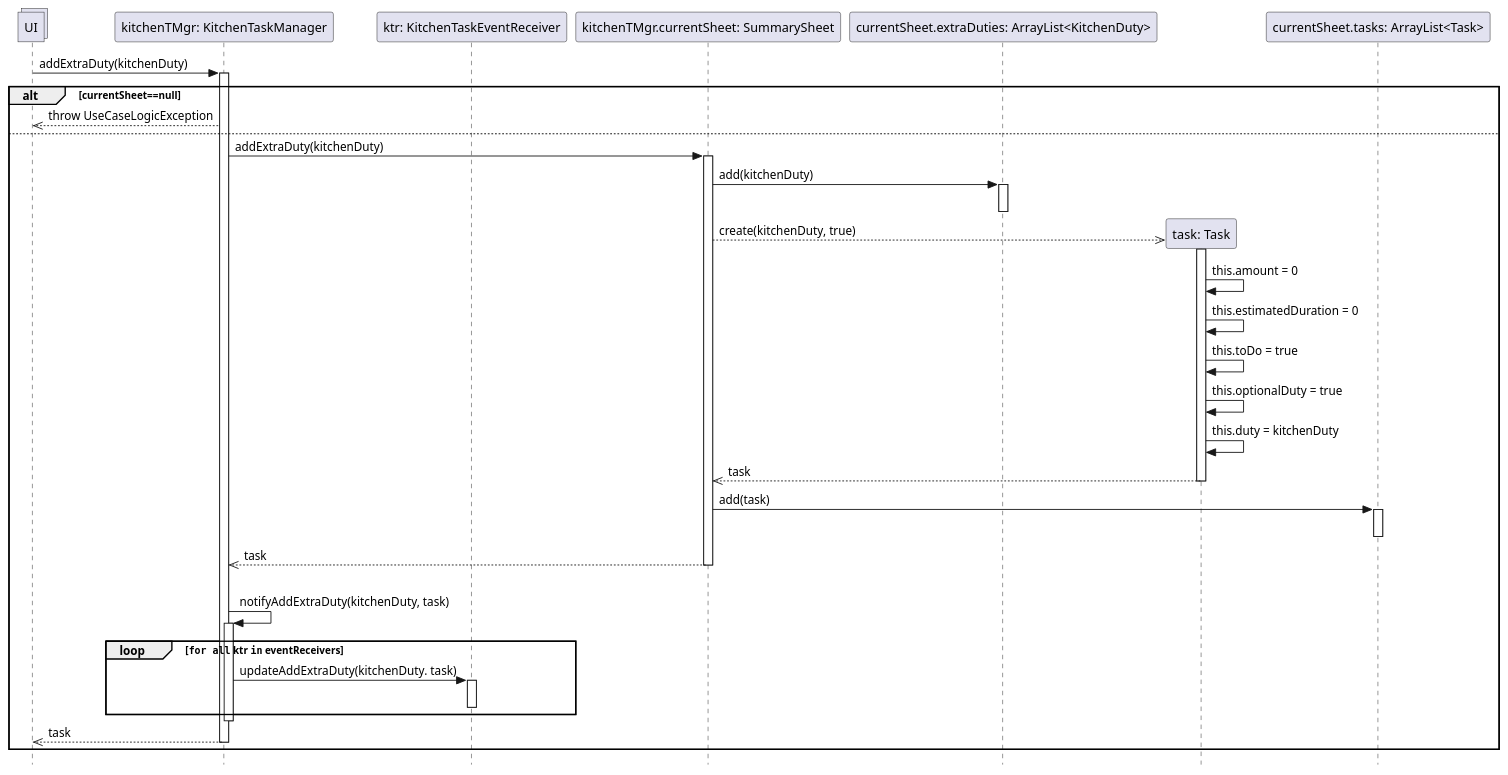
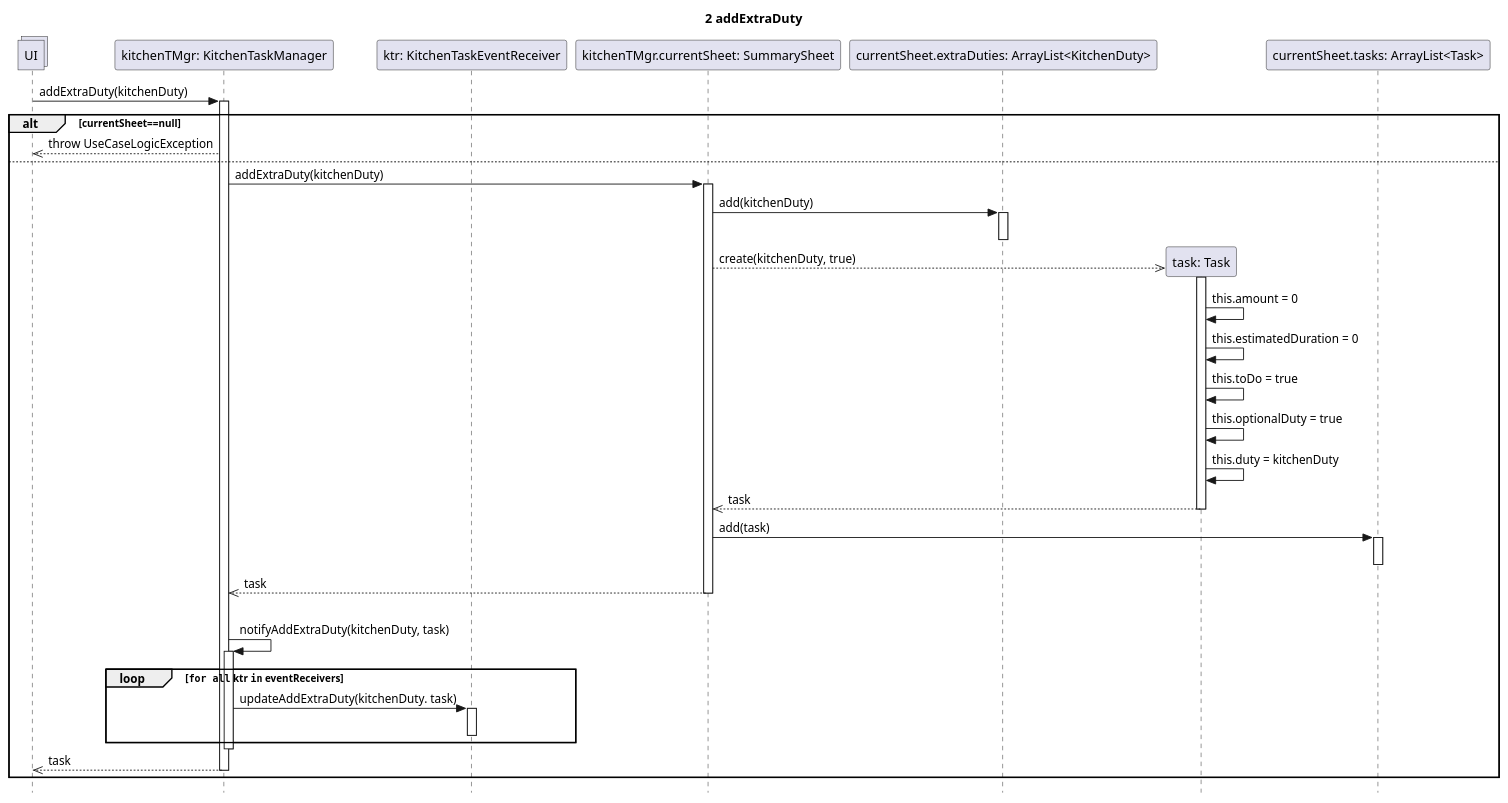
Before and after one commit to stefa168/sas-project: the diagram in UP/Progettazione/UC Gestire Compiti Cucina/DSD/DSD Operazione 2.puml, drawn with PlantUML. The commit also changed 5 other files, not shown here.

```diff
--- a/UP/Progettazione/UC Gestire Compiti Cucina/DSD/DSD Operazione 2.puml
+++ b/UP/Progettazione/UC Gestire Compiti Cucina/DSD/DSD Operazione 2.puml
@@ -1,59 +1,61 @@
 @startuml Operazione 2
 skinparam Style strictuml
+
+title 2 addExtraDuty
 
 collections UI
 
 participant "kitchenTMgr: KitchenTaskManager" as ktm
 UI -> ktm: addExtraDuty(kitchenDuty)
 participant "ktr: KitchenTaskEventReceiver" as ktr
 
 activate ktm
 
 alt currentSheet==null
     UI <<-- ktm: throw UseCaseLogicException
 else
     participant "kitchenTMgr.currentSheet: SummarySheet" as ss
     ktm -> ss: addExtraDuty(kitchenDuty)
     activate ss
 
     participant "currentSheet.extraDuties: ArrayList<KitchenDuty>" as kdList
     ss -> kdList: add(kitchenDuty)
     activate kdList
     deactivate kdList
 
     participant "task: Task" as t
     ss -->> t**: create(kitchenDuty, true)
     activate t
     t -> t: this.amount = 0
     t -> t: this.estimatedDuration = 0
     t -> t: this.toDo = true
     t -> t: this.optionalDuty = true
     t -> t: this.duty = kitchenDuty
     ss <<-- t:task
     deactivate t
     
     participant "currentSheet.tasks: ArrayList<Task>" as tasks
     ss -> tasks: add(task)
 
     activate tasks
     deactivate tasks
 
     ktm <<-- ss: task
     deactivate ss
     |||
     ktm -> ktm: notifyAddExtraDuty(kitchenDuty, task)
     activate ktm
     loop ""for all"" ktr ""in"" eventReceivers
         ktm -> ktr : updateAddExtraDuty(kitchenDuty. task)
         activate ktr
         deactivate ktr
     end
     deactivate ktm
 
     UI <<-- ktm : task
     deactivate ktm
 
     
 end
 
 @enduml
```
